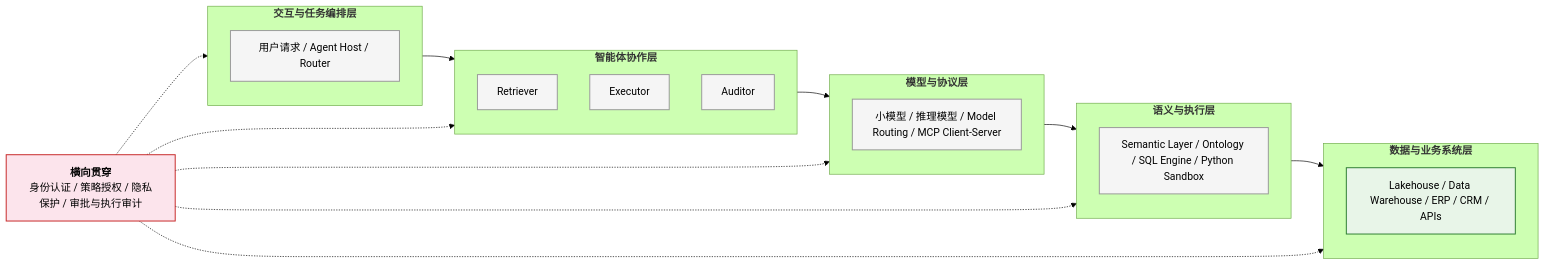
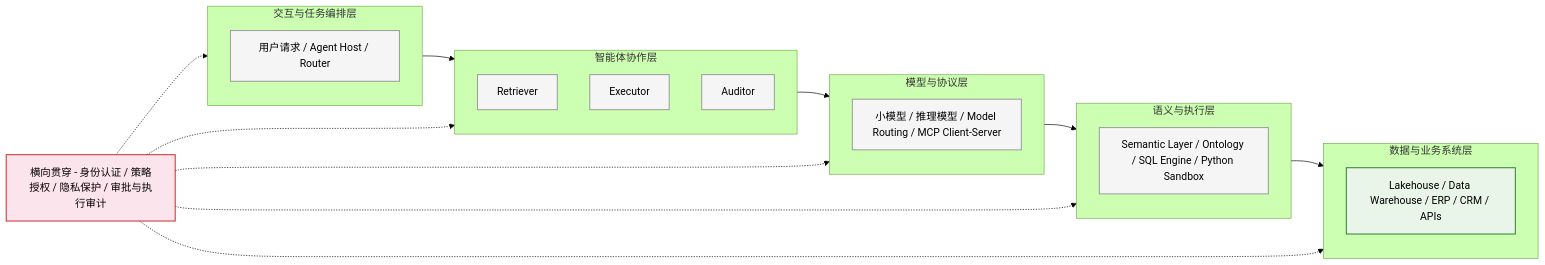
Before and after one commit to BillZong/BillZong.github.io: the second of 6 diagrams in source/_posts/bi-evolution-6-ai-native-restructure.md, drawn with Mermaid (forest theme). The commit also changed other lines of this file and 1 other file, not shown here.

```diff
--- a/source/_posts/bi-evolution-6-ai-native-restructure.md
+++ b/source/_posts/bi-evolution-6-ai-native-restructure.md
@@ -118,32 +118,32 @@
 {% mermaid %}
 flowchart LR
     classDef entry fill:#fff3b0,stroke:#b58900,color:#000,stroke-width:1.5px
     classDef decision fill:#fce4ec,stroke:#c62828,color:#000,stroke-width:1.5px
     classDef exit fill:#e8f5e8,stroke:#2e7d32,color:#000,stroke-width:1.5px
     classDef normal fill:#f5f5f5,stroke:#999,color:#000,stroke-width:1.5px
 
-    H["<b>横向贯穿</b><br/>身份认证 / 策略授权 / 隐私保护 / 审批与执行审计"]:::decision
-    subgraph L1["<b>交互与任务编排层</b>"]
+    H["横向贯穿 - 身份认证 / 策略授权 / 隐私保护 / 审批与执行审计"]:::decision
+    subgraph L1["交互与任务编排层"]
         A1["用户请求 / Agent Host / Router"]:::normal
     end
-    subgraph L2["<b>智能体协作层</b>"]
+    subgraph L2["智能体协作层"]
         A2["Retriever"]:::normal
         A3["Executor"]:::normal
         A4["Auditor"]:::normal
     end
-    subgraph L3["<b>模型与协议层</b>"]
+    subgraph L3["模型与协议层"]
         A5["小模型 / 推理模型 / Model Routing / MCP Client-Server"]:::normal
     end
-    subgraph L4["<b>语义与执行层</b>"]
+    subgraph L4["语义与执行层"]
         A6["Semantic Layer / Ontology / SQL Engine / Python Sandbox"]:::normal
     end
-    subgraph L5["<b>数据与业务系统层</b>"]
+    subgraph L5["数据与业务系统层"]
         A7["Lakehouse / Data Warehouse / ERP / CRM / APIs"]:::exit
     end
     L1 --> L2 --> L3 --> L4 --> L5
     H -.-> L1
     H -.-> L2
     H -.-> L3
     H -.-> L4
     H -.-> L5
 {% endmermaid %}
```
